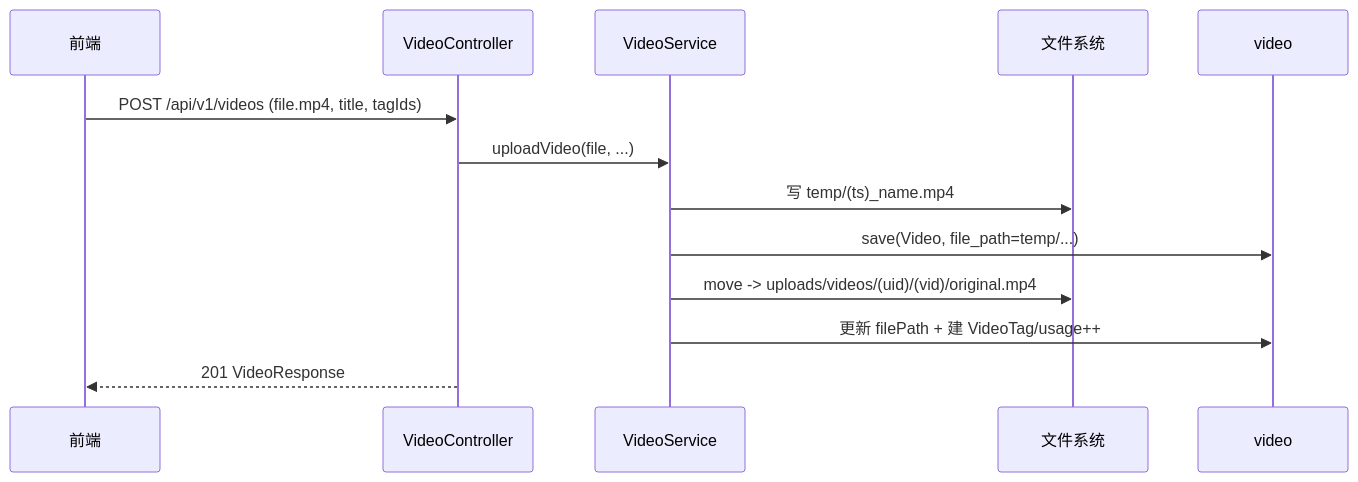
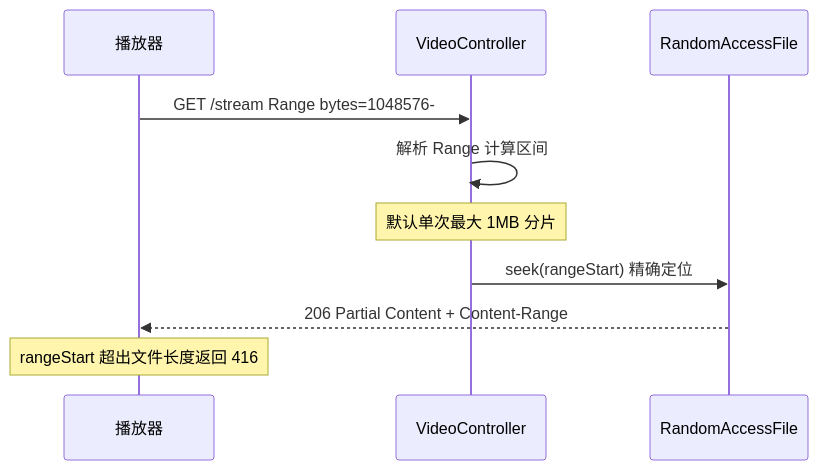
Before and after one commit to mambo-wang/CodingHub: the second of 2 diagrams in repowiki/wiki/modules/微课视频.md, drawn with Mermaid. The commit also changed other lines of this file and 59 other files, not shown here.

````diff
--- a/repowiki/wiki/modules/微课视频.md
+++ b/repowiki/wiki/modules/微课视频.md
@@ -113,15 +105,12 @@
 ```mermaid
 sequenceDiagram
-    participant FE as 前端
+    participant P as 播放器
     participant VC as VideoController
-    participant VS as VideoService
-    participant FS as 文件系统
-    participant DB as video
-    FE->>VC: POST /api/v1/videos (file.mp4, title, tagIds)
-    VC->>VS: uploadVideo(file, ...)
-    VS->>FS: 写 temp/(ts)_name.mp4
-    VS->>DB: save(Video, file_path=temp/...)
-    VS->>FS: move -> uploads/videos/(uid)/(vid)/original.mp4
-    VS->>DB: 更新 filePath + 建 VideoTag/usage++
-    VC-->>FE: 201 VideoResponse
+    participant RAF as RandomAccessFile
+    P->>VC: GET /stream Range bytes=1048576-
+    VC->>VC: 解析 Range 计算区间
+    Note over VC: 默认单次最大 1MB 分片
+    VC->>RAF: seek(rangeStart) 精确定位
+    RAF-->>P: 206 Partial Content + Content-Range
+    Note over P: rangeStart 超出文件长度返回 416
 ```
````
